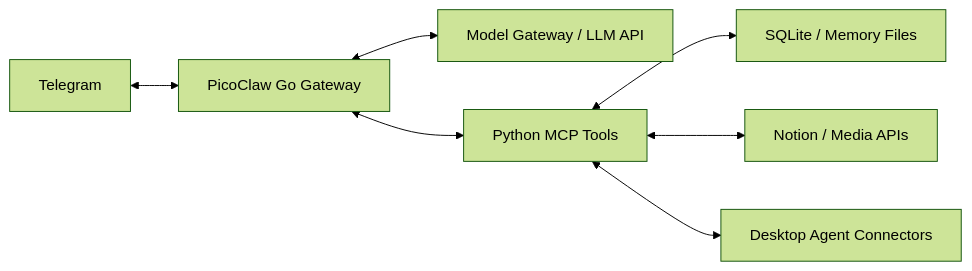
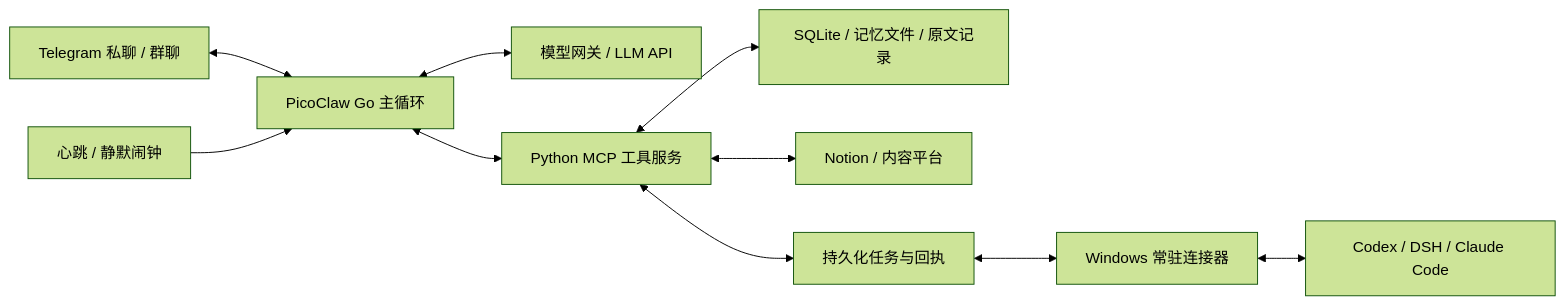
Before and after one commit to laofeng-a/fatfish: the diagram in README.md, drawn with Mermaid (forest theme). The commit also changed other lines of this file and 1 other file, not shown here.

Commit message:
Document Fatfish architecture and key engineering designs

````diff
--- a/README.md
+++ b/README.md
@@ -24,9 +11,12 @@
 ```mermaid
 flowchart LR
-    Telegram[Telegram] <--> Gateway[PicoClaw Go Gateway]
-    Gateway <--> Model[Model Gateway / LLM API]
-    Gateway <--> MCP[Python MCP Tools]
-    MCP <--> Data[SQLite / Memory Files]
-    MCP <--> External[Notion / Media APIs]
-    MCP <--> Bridge[Desktop Agent Connectors]
+    Telegram[Telegram 私聊 / 群聊] <--> Gateway[PicoClaw Go 主循环]
+    Gateway <--> Model[模型网关 / LLM API]
+    Gateway <--> MCP[Python MCP 工具服务]
+    MCP <--> Data[SQLite / 记忆文件 / 原文记录]
+    MCP <--> External[Notion / 内容平台]
+    MCP <--> Jobs[持久化任务与回执]
+    Jobs <--> Bridge[Windows 常驻连接器]
+    Bridge <--> Agents[Codex / DSH / Claude Code]
+    Timer[心跳 / 静默闹钟] --> Gateway
 ```
````
